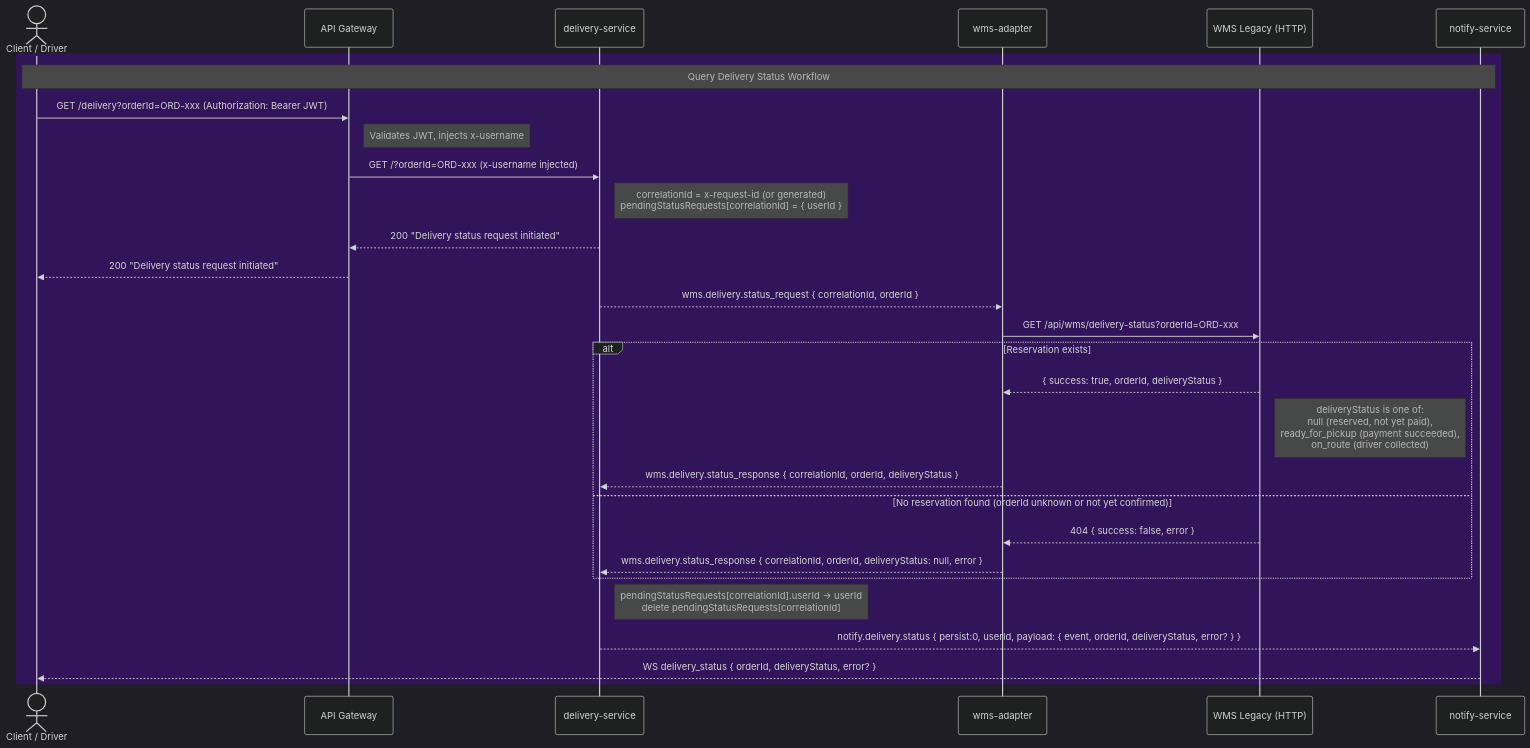
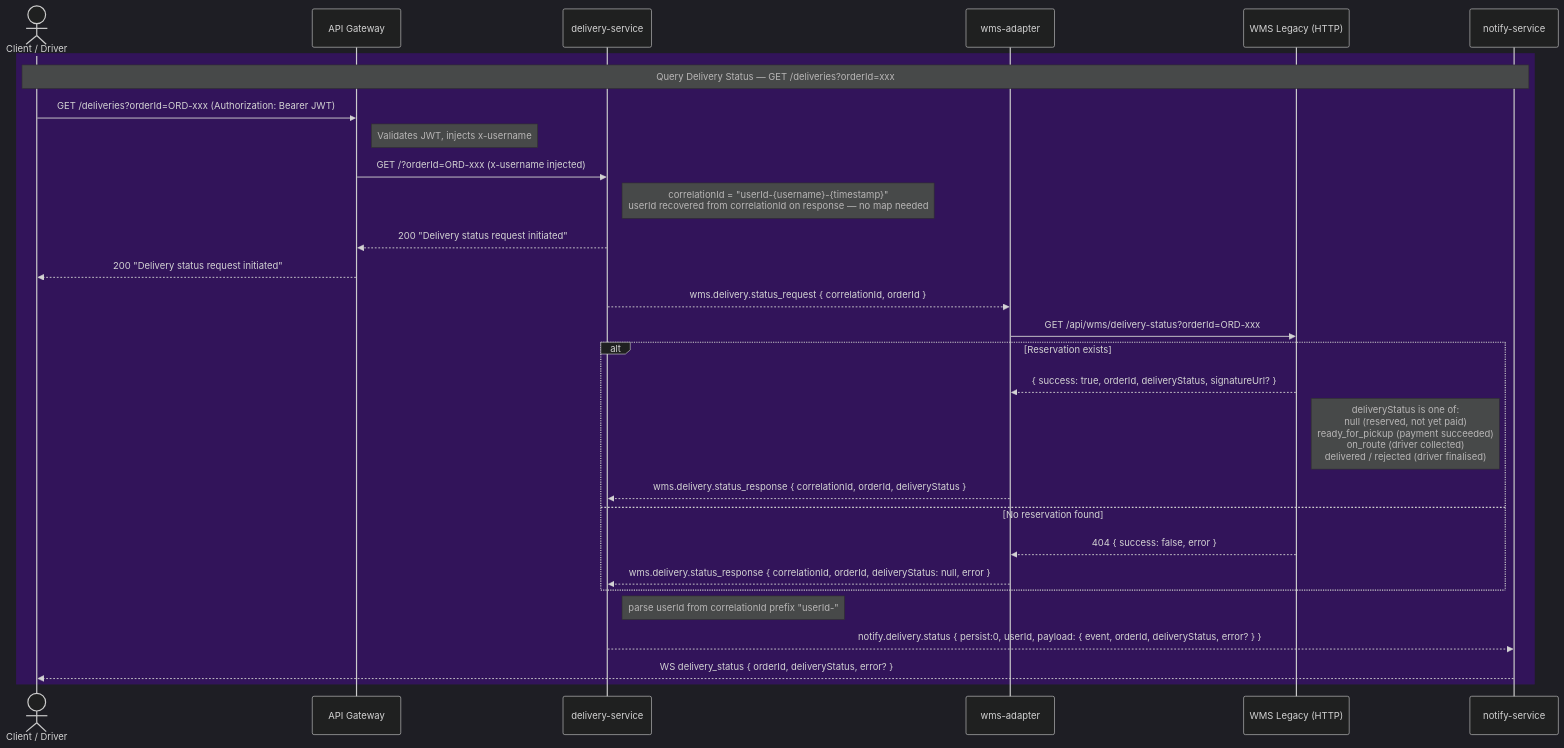
Before and after one commit to Ranidu-Premathilaka/SwiftLogistics: the diagram in documentation/delivery-status-workflow.mmd, drawn with Mermaid. The commit also changed other lines of this file and 6 other files, not shown here.

Commit message:
Added delivery completion story. issue with no validation on the current status of the wms

```diff
--- a/documentation/delivery-status-workflow.mmd
+++ b/documentation/delivery-status-workflow.mmd
@@ -1,34 +1,34 @@
 %%{init: {'theme': 'dark'}}%%
 sequenceDiagram
     actor User as Client / Driver
     participant GW as API Gateway
     participant DS as delivery-service
     participant WMS as wms-adapter
     participant WMSDB as WMS Legacy (HTTP)
     participant NS as notify-service
 
     rect rgb(50, 20, 90)
-        note over User, NS: Query Delivery Status Workflow
-        User->>GW: GET /delivery?orderId=ORD-xxx (Authorization: Bearer JWT)
+        note over User, NS: Query Delivery Status — GET /deliveries?orderId=xxx
+        User->>GW: GET /deliveries?orderId=ORD-xxx (Authorization: Bearer JWT)
         note right of GW: Validates JWT, injects x-username
         GW->>DS: GET /?orderId=ORD-xxx (x-username injected)
-        note right of DS: correlationId = x-request-id (or generated)<br/>pendingStatusRequests[correlationId] = { userId }
+        note right of DS: correlationId = "userId-{username}-{timestamp}"<br/>userId recovered from correlationId on response — no map needed
         DS-->>GW: 200 "Delivery status request initiated"
         GW-->>User: 200 "Delivery status request initiated"
 
         DS-->>WMS: wms.delivery.status_request { correlationId, orderId }
         WMS->>WMSDB: GET /api/wms/delivery-status?orderId=ORD-xxx
 
         alt Reservation exists
-            WMSDB-->>WMS: { success: true, orderId, deliveryStatus }
-            note right of WMSDB: deliveryStatus is one of:<br/>null (reserved, not yet paid),<br/>ready_for_pickup (payment succeeded),<br/>on_route (driver collected)
+            WMSDB-->>WMS: { success: true, orderId, deliveryStatus, signatureUrl? }
+            note right of WMSDB: deliveryStatus is one of:<br/>null (reserved, not yet paid)<br/>ready_for_pickup (payment succeeded)<br/>on_route (driver collected)<br/>delivered / rejected (driver finalised)
             WMS-->>DS: wms.delivery.status_response { correlationId, orderId, deliveryStatus }
-        else No reservation found (orderId unknown or not yet confirmed)
+        else No reservation found
             WMSDB-->>WMS: 404 { success: false, error }
             WMS-->>DS: wms.delivery.status_response { correlationId, orderId, deliveryStatus: null, error }
         end
 
-        note right of DS: pendingStatusRequests[correlationId].userId → userId<br/>delete pendingStatusRequests[correlationId]
+        note right of DS: parse userId from correlationId prefix "userId-"
         DS-->>NS: notify.delivery.status { persist:0, userId, payload: { event, orderId, deliveryStatus, error? } }
         NS-->>User: WS delivery_status { orderId, deliveryStatus, error? }
     end
```
